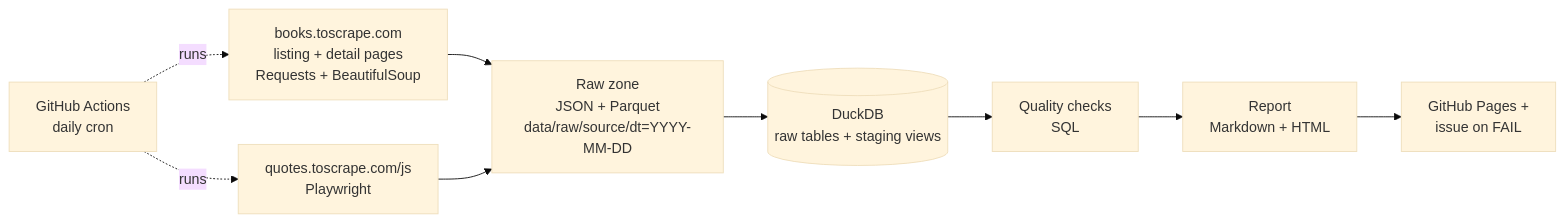
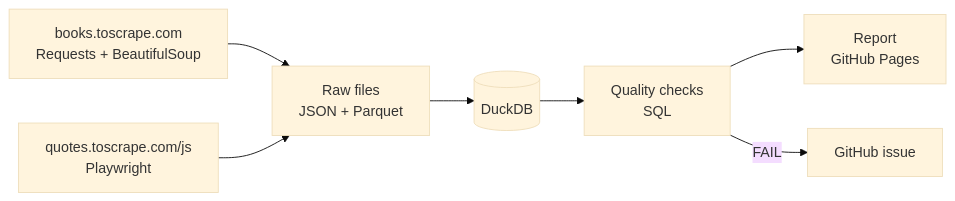
Before and after one commit to phuochuyy/web-data-quality-pipeline: the diagram in README.md, drawn with Mermaid (base theme). The commit also changed other lines of this file, not shown here.

````diff
--- a/README.md
+++ b/README.md
@@ -11,10 +7,9 @@
 ```mermaid
 flowchart LR
-    A[books.toscrape.com<br/>listing + detail pages<br/>Requests + BeautifulSoup] --> C
+    A[books.toscrape.com<br/>Requests + BeautifulSoup] --> C[Raw files<br/>JSON + Parquet]
     B[quotes.toscrape.com/js<br/>Playwright] --> C
-    C[Raw zone<br/>JSON + Parquet<br/>data/raw/source/dt=YYYY-MM-DD] --> D[(DuckDB<br/>raw tables + staging views)]
+    C --> D[(DuckDB)]
     D --> E[Quality checks<br/>SQL]
-    E --> F[Report<br/>Markdown + HTML]
-    F --> H[GitHub Pages +<br/>issue on FAIL]
-    G[GitHub Actions<br/>daily cron] -.runs.-> A & B
+    E --> F[Report<br/>GitHub Pages]
+    E -->|FAIL| G[GitHub issue]
 ```
````
